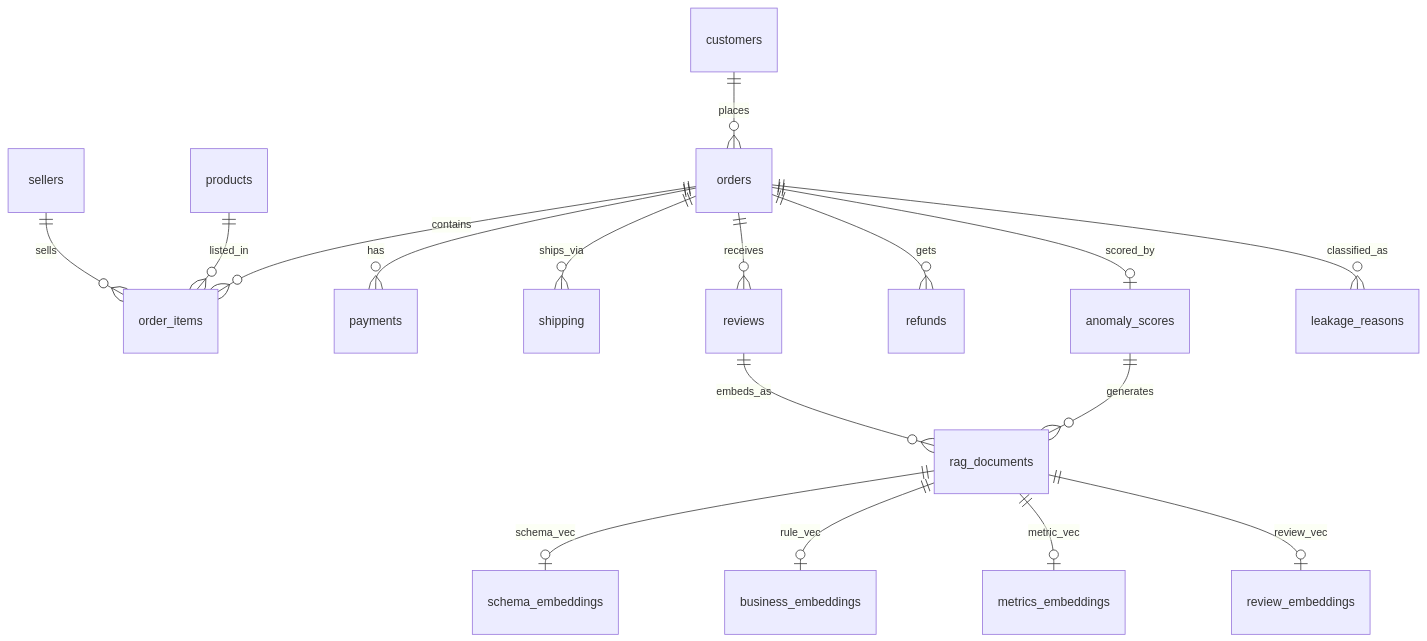
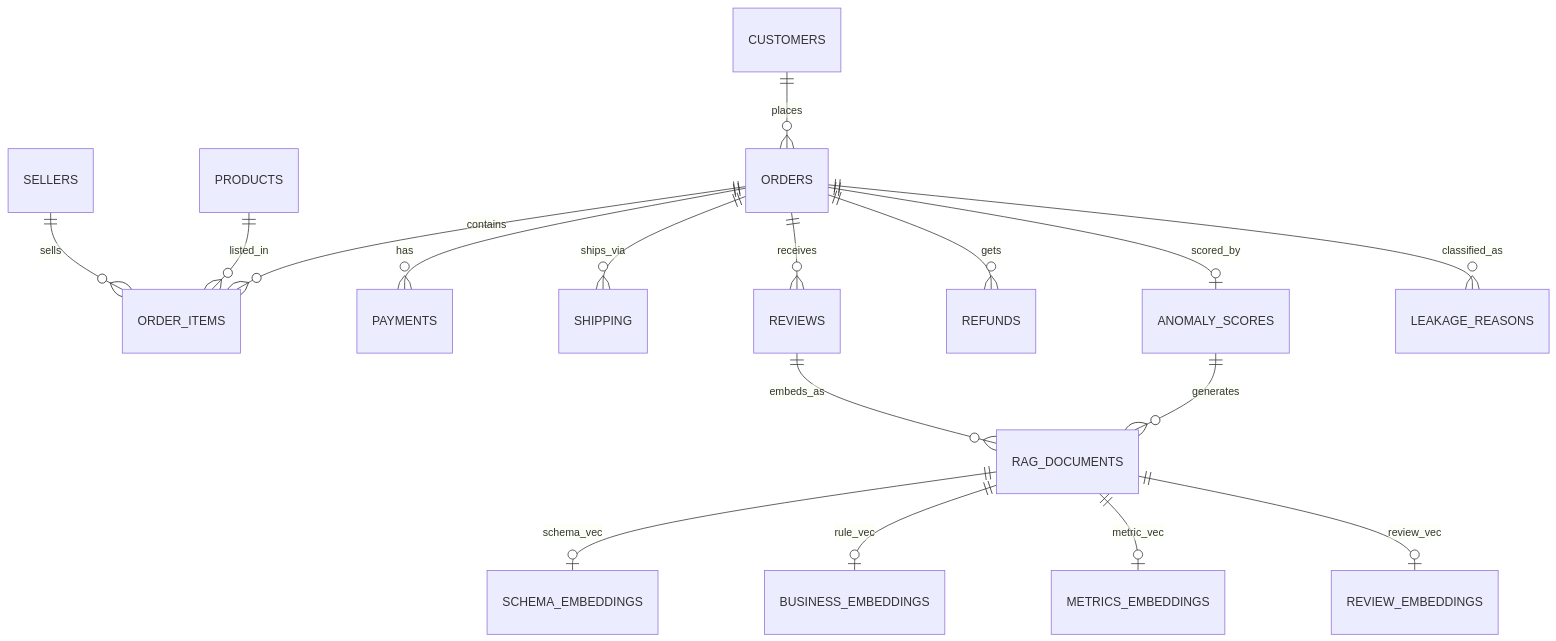
One commit to Mohamed-Elmasry16/Recovera-Hybrid-Database-Architecture changed the second of 4 diagrams in README.md. Above: the diagram before and after it, drawn with Mermaid. The commit also changed other lines of this file, not shown here.

````diff
--- a/README.md
+++ b/README.md
@@ -126,22 +160,22 @@
 ```mermaid
 erDiagram
-    customers ||--o{ orders : places
-    orders ||--o{ order_items : contains
-    orders ||--o{ payments : has
-    orders ||--o{ shipping : ships_via
-    orders ||--o{ reviews : receives
-    orders ||--o{ refunds : gets
-    products ||--o{ order_items : listed_in
-    sellers  ||--o{ order_items : sells
+    CUSTOMERS ||--o{ ORDERS : places
+    ORDERS ||--o{ ORDER_ITEMS : contains
+    ORDERS ||--o{ PAYMENTS : has
+    ORDERS ||--o{ SHIPPING : ships_via
+    ORDERS ||--o{ REVIEWS : receives
+    ORDERS ||--o{ REFUNDS : gets
+    PRODUCTS ||--o{ ORDER_ITEMS : listed_in
+    SELLERS ||--o{ ORDER_ITEMS : sells
 
-    orders ||--o| anomaly_scores   : scored_by
-    orders ||--o{ leakage_reasons  : classified_as
+    ORDERS ||--o| ANOMALY_SCORES : scored_by
+    ORDERS ||--o{ LEAKAGE_REASONS : classified_as
 
-    anomaly_scores ||--o{ rag_documents : generates
-    reviews        ||--o{ rag_documents : embeds_as
+    ANOMALY_SCORES ||--o{ RAG_DOCUMENTS : generates
+    REVIEWS ||--o{ RAG_DOCUMENTS : embeds_as
 
-    rag_documents ||--o| schema_embeddings   : schema_vec
-    rag_documents ||--o| business_embeddings : rule_vec
-    rag_documents ||--o| metrics_embeddings  : metric_vec
-    rag_documents ||--o| review_embeddings   : review_vec
+    RAG_DOCUMENTS ||--o| SCHEMA_EMBEDDINGS : schema_vec
+    RAG_DOCUMENTS ||--o| BUSINESS_EMBEDDINGS : rule_vec
+    RAG_DOCUMENTS ||--o| METRICS_EMBEDDINGS : metric_vec
+    RAG_DOCUMENTS ||--o| REVIEW_EMBEDDINGS : review_vec
 ```
````
